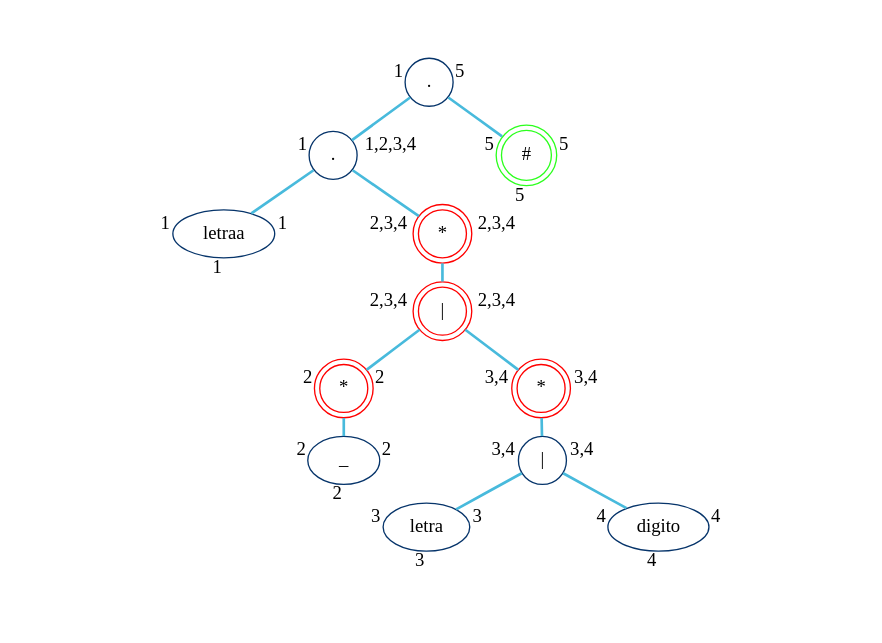
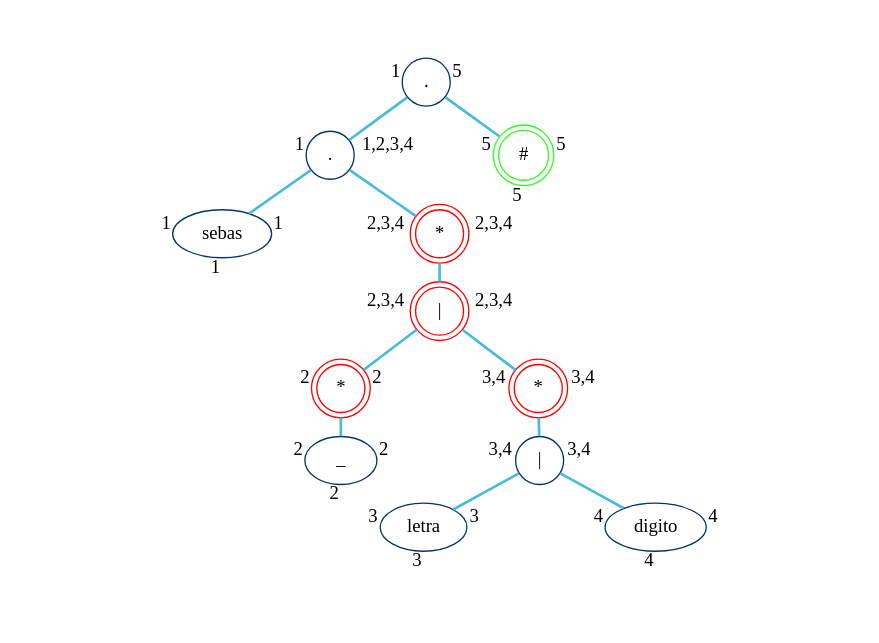
One commit to PiterAngel/-OLC1-Proyecto1_201902301 changed the diagram in [OLC1]Proyecto1_201902301/ARBOLES_201902301/Arbol_Sintactico1_1.dot. Above: the diagram before and after it, drawn with Graphviz. The commit also changed 42 other files, not shown here.

```diff
--- a/[OLC1]Proyecto1_201902301/ARBOLES_201902301/Arbol_Sintactico1_1.dot
+++ b/[OLC1]Proyecto1_201902301/ARBOLES_201902301/Arbol_Sintactico1_1.dot
@@ -1,60 +1,60 @@
 graph Arbol_Sintactico{
 
 graph [pad="0.5", nodesep="1.2", ranksep="0.2"];
 edge [penwidth=2, color="#48BADC"];
 node [shape = circle, color="#06346A"];node0[label = "." ];
 node0 -- node00
 node00[label = "." ];
 node00 -- node000
-node000[label = "letraa", shape = oval ];
+node000[label = "sebas", shape = oval ];
 node00 -- node001
 node001[label = "*"shape=doublecircle, color=red ];
 node001 -- node0010
 node0010[label = "|"shape=doublecircle, color=red ];
 node0010 -- node00100
 node00100[label = "*"shape=doublecircle, color=red ];
 node00100 -- node001000
 node001000[label = "_", shape = oval ];
 node0010 -- node00101
 node00101[label = "*"shape=doublecircle, color=red ];
 node00101 -- node001010
 node001010[label = "|" ];
 node001010 -- node0010100
 node0010100[label = "letra", shape = oval ];
 node001010 -- node0010101
 node0010101[label = "digito", shape = oval ];
 node0 -- node01
 node01[label = "#",shape=doublecircle, color="#2BFF1D" ];
 
  edge [penwidth=0];node0:w--node0:w[taillabel="1"]
 node0:e--node0:e[taillabel="5"]
 node00:w--node00:w[taillabel="1"]
 node00:e--node00:e[taillabel="1,2,3,4"]
 node000:w--node000:w[taillabel="1"]
 node000:e--node000:e[taillabel="1"]
 node000:s--node000:s[taillabel="1"]
 node001:w--node001:w[taillabel="2,3,4"]
 node001:e--node001:e[taillabel="2,3,4"]
 node0010:w--node0010:w[taillabel="2,3,4"]
 node0010:e--node0010:e[taillabel="2,3,4"]
 node00100:w--node00100:w[taillabel="2"]
 node00100:e--node00100:e[taillabel="2"]
 node001000:w--node001000:w[taillabel="2"]
 node001000:e--node001000:e[taillabel="2"]
 node001000:s--node001000:s[taillabel="2"]
 node00101:w--node00101:w[taillabel="3,4"]
 node00101:e--node00101:e[taillabel="3,4"]
 node001010:w--node001010:w[taillabel="3,4"]
 node001010:e--node001010:e[taillabel="3,4"]
 node0010100:w--node0010100:w[taillabel="3"]
 node0010100:e--node0010100:e[taillabel="3"]
 node0010100:s--node0010100:s[taillabel="3"]
 node0010101:w--node0010101:w[taillabel="4"]
 node0010101:e--node0010101:e[taillabel="4"]
 node0010101:s--node0010101:s[taillabel="4"]
 node01:w--node01:w[taillabel="5"]
 node01:e--node01:e[taillabel="5"]
 node01:s--node01:s[taillabel="5"]
 
 
 }
```
